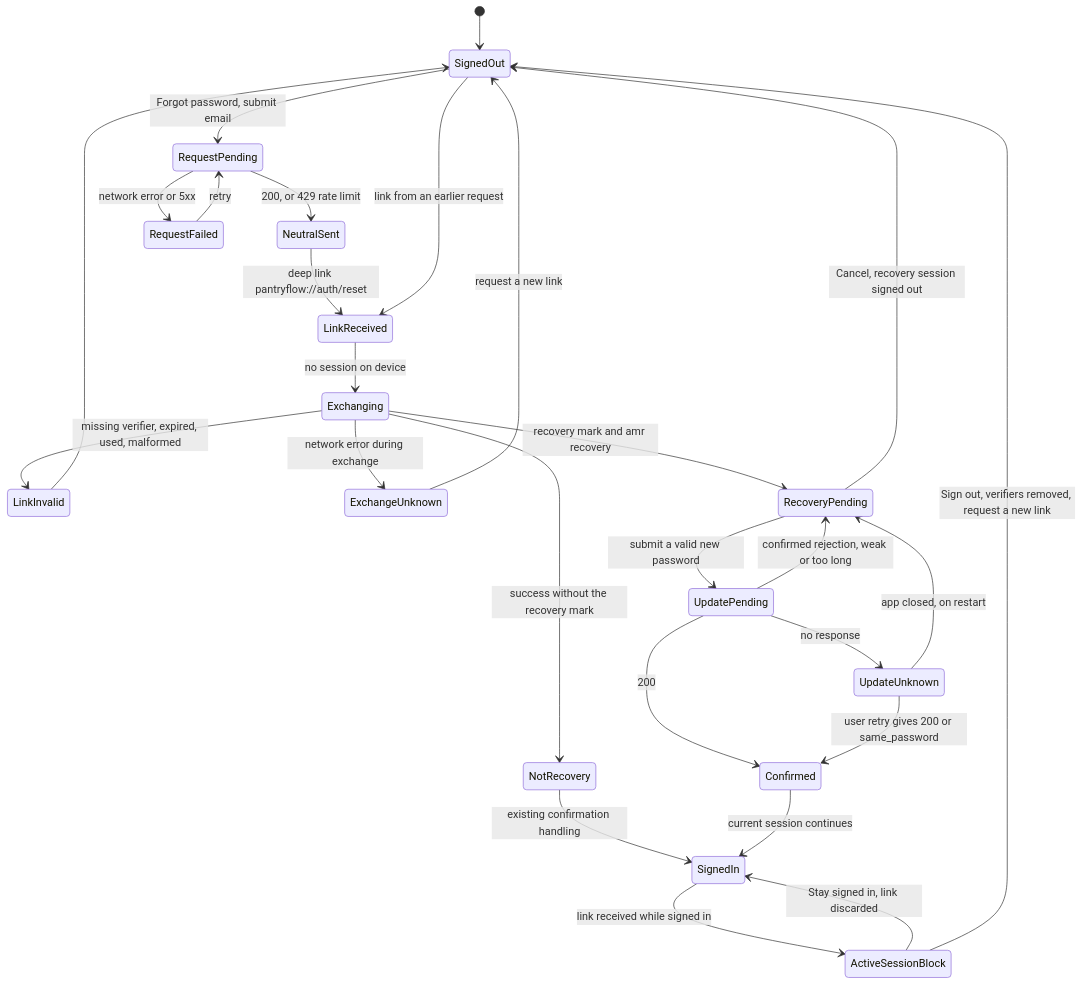
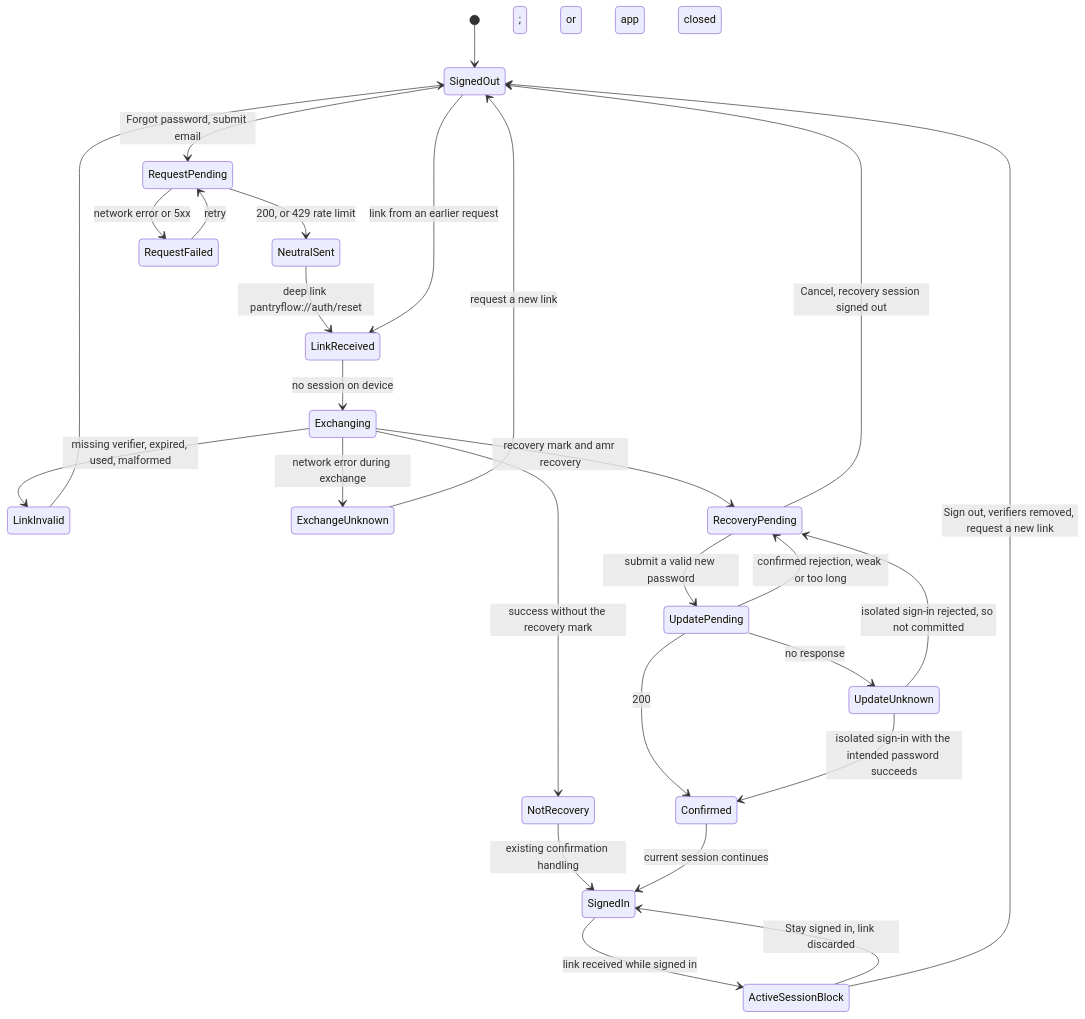
The diagram in docs/planning/2026-11-19-password-recovery-session-spec.md (Micha0371/PantryFlow), drawn with Mermaid before and after one commit. The commit also changed other lines of this file and 3 other files, not shown here.

````diff
--- a/docs/planning/2026-11-19-password-recovery-session-spec.md
+++ b/docs/planning/2026-11-19-password-recovery-session-spec.md
@@ -129,29 +134,29 @@
 ```mermaid
 stateDiagram-v2
     [*] --> SignedOut
     SignedOut --> RequestPending: Forgot password, submit email
     RequestPending --> NeutralSent: 200, or 429 rate limit
     RequestPending --> RequestFailed: network error or 5xx
     RequestFailed --> RequestPending: retry
     NeutralSent --> LinkReceived: deep link pantryflow://auth/reset
     SignedOut --> LinkReceived: link from an earlier request
     SignedIn --> ActiveSessionBlock: link received while signed in
     ActiveSessionBlock --> SignedIn: Stay signed in, link discarded
     ActiveSessionBlock --> SignedOut: Sign out, verifiers removed, request a new link
     LinkReceived --> Exchanging: no session on device
     Exchanging --> LinkInvalid: missing verifier, expired, used, malformed
     Exchanging --> ExchangeUnknown: network error during exchange
     Exchanging --> NotRecovery: success without the recovery mark
     Exchanging --> RecoveryPending: recovery mark and amr recovery
     NotRecovery --> SignedIn: existing confirmation handling
     LinkInvalid --> SignedOut
     ExchangeUnknown --> SignedOut: request a new link
     RecoveryPending --> UpdatePending: submit a valid new password
     RecoveryPending --> SignedOut: Cancel, recovery session signed out
     UpdatePending --> RecoveryPending: confirmed rejection, weak or too long
     UpdatePending --> Confirmed: 200
     UpdatePending --> UpdateUnknown: no response
-    UpdateUnknown --> Confirmed: user retry gives 200 or same_password
-    UpdateUnknown --> RecoveryPending: app closed, on restart
+    UpdateUnknown --> Confirmed: isolated sign-in with the intended password succeeds
+    UpdateUnknown --> RecoveryPending: isolated sign-in rejected, so not committed; or app closed
     Confirmed --> SignedIn: current session continues
 ```
````
